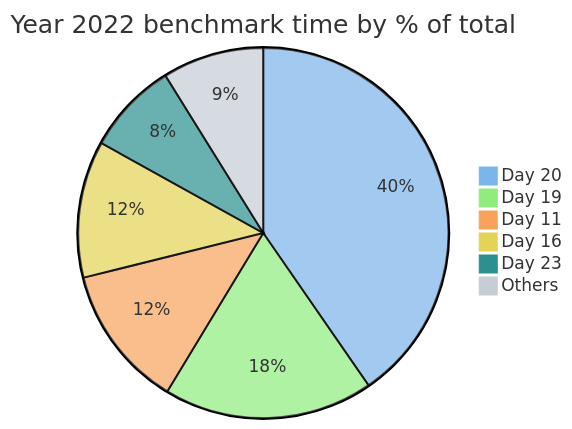
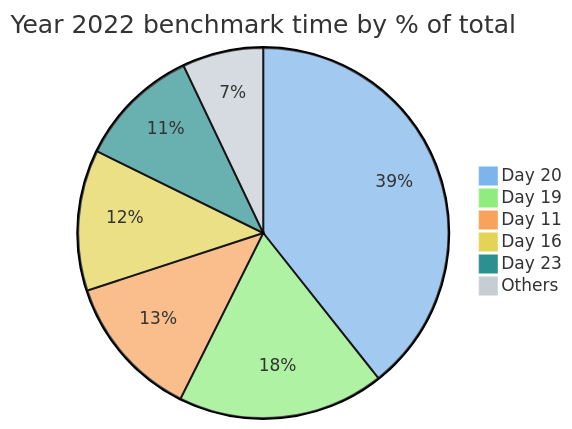
Before and after one commit to maneatingape/advent-of-code-rust: the second of 4 diagrams in README.md, drawn with Mermaid. The commit also changed other lines of this file, not shown here.

````diff
--- a/README.md
+++ b/README.md
@@ -61,11 +61,11 @@
 ```mermaid
 %%{init: {'theme': 'base', 'themeVariables': { 'pie1': '#7cb5ec', 'pie2': '#90ed7d', 'pie3': '#f7a35c', 'pie4': '#e4d354', 'pie5': '#2b908f', 'pie6': '#c6cdd5'}}}%%
 pie
     title Year 2022 benchmark time by % of total
-    "Day 20" : 7509
-    "Day 19" : 3402
-    "Day 11" : 2317
-    "Day 16" : 2222
-    "Day 23" : 1503
-    "Others" : 1646
+    "Day 20" : 7449
+    "Day 19" : 3416
+    "Day 11" : 2386
+    "Day 16" : 2331
+    "Day 23" : 2017
+    "Others" : 1340
 ```
````
